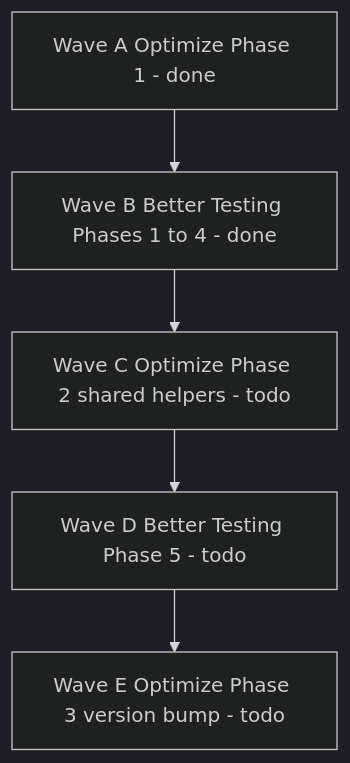
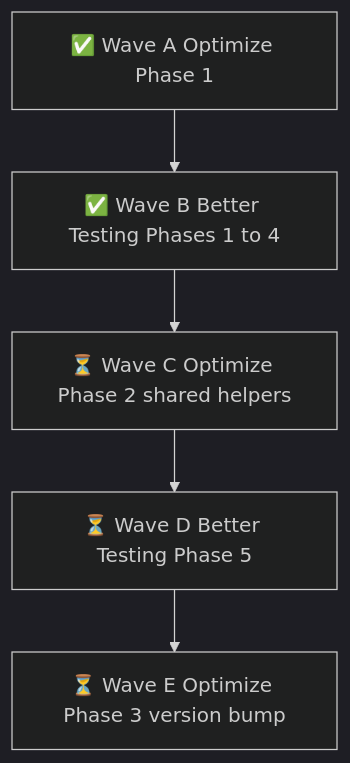
Before and after one commit to cluttered-code/godot-health-hitbox-hurtbox: the second of 3 diagrams in .cursor/plans/README.md, drawn with Mermaid (dark theme). The commit also changed 49 other files, not shown here.

First line of the commit message:
Sync roadmap Mermaid status emojis and drop committed GdUnit reports. (#24)

````diff
--- a/.cursor/plans/README.md
+++ b/.cursor/plans/README.md
@@ -49,12 +49,12 @@
 ```mermaid
 flowchart TB
-  A["Wave A Optimize Phase 1 - done"]
-  B["Wave B Better Testing Phases 1 to 4 - done"]
-  C["Wave C Optimize Phase 2 shared helpers - todo"]
-  D["Wave D Better Testing Phase 5 - todo"]
-  E["Wave E Optimize Phase 3 version bump - todo"]
+  A["✅ Wave A Optimize Phase 1"]
+  B["✅ Wave B Better Testing Phases 1 to 4"]
+  C["⏳ Wave C Optimize Phase 2 shared helpers"]
+  D["⏳ Wave D Better Testing Phase 5"]
+  E["⏳ Wave E Optimize Phase 3 version bump"]
   A --> B
   B --> C
   C --> D
   D --> E
 ```
````
